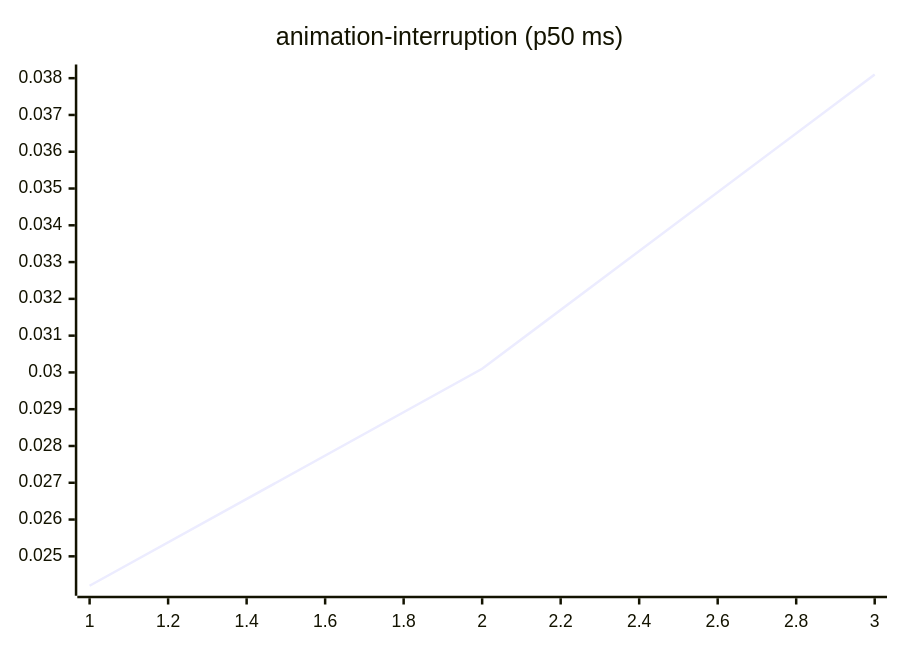
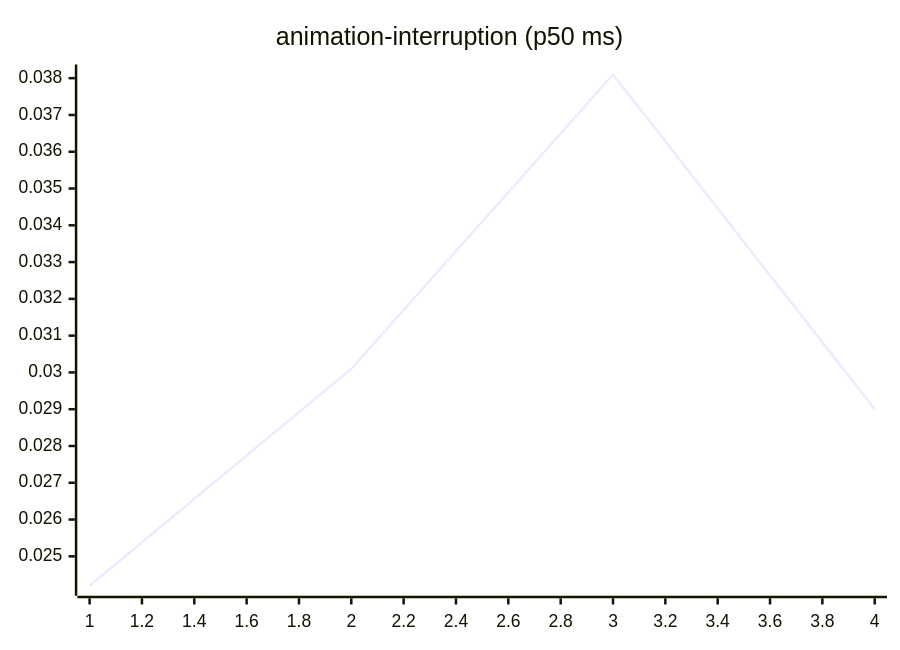
The third of 27 diagrams in README.md (josha/Facet), drawn with Mermaid before and after one commit. The commit also changed other lines of this file and 2 other files, not shown here.

````diff
--- a/README.md
+++ b/README.md
@@ -77,6 +77,6 @@
 ```mermaid
 xychart-beta
     title "animation-interruption (p50 ms)"
-    x-axis 1 --> 3
-    line [0.0242, 0.0301, 0.0381]
+    x-axis 1 --> 4
+    line [0.0242, 0.0301, 0.0381, 0.0290]
 ```
````
